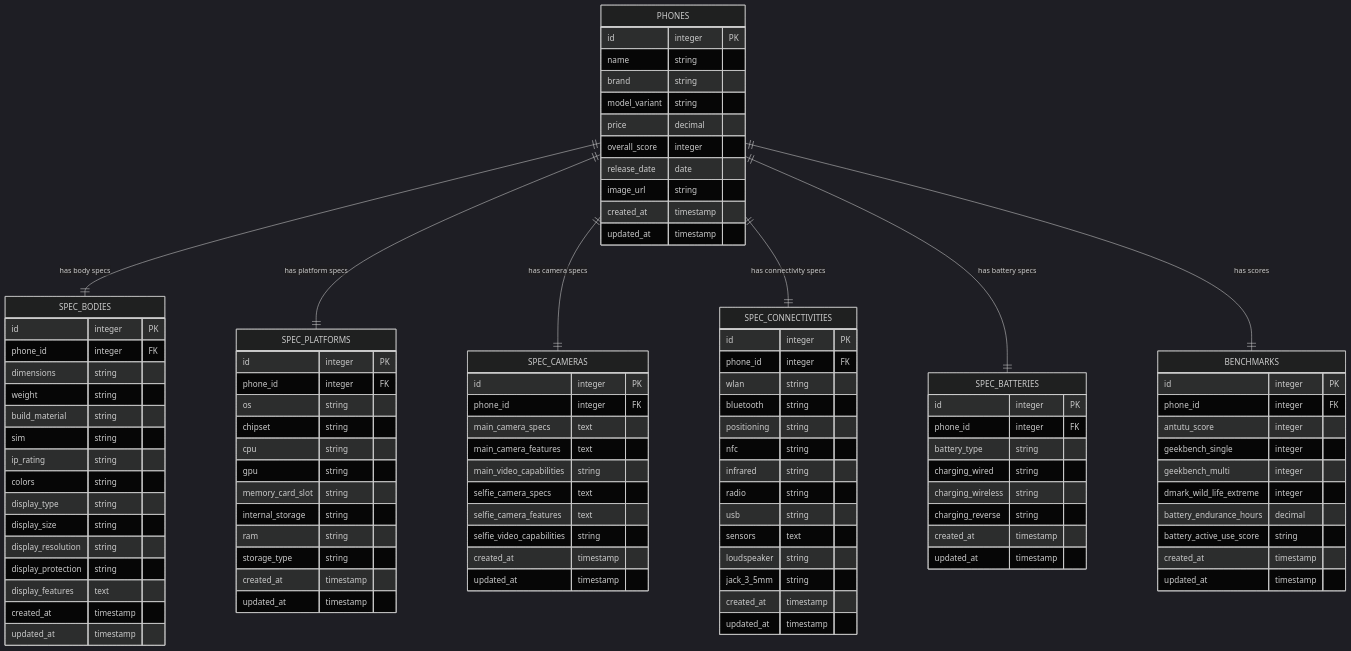
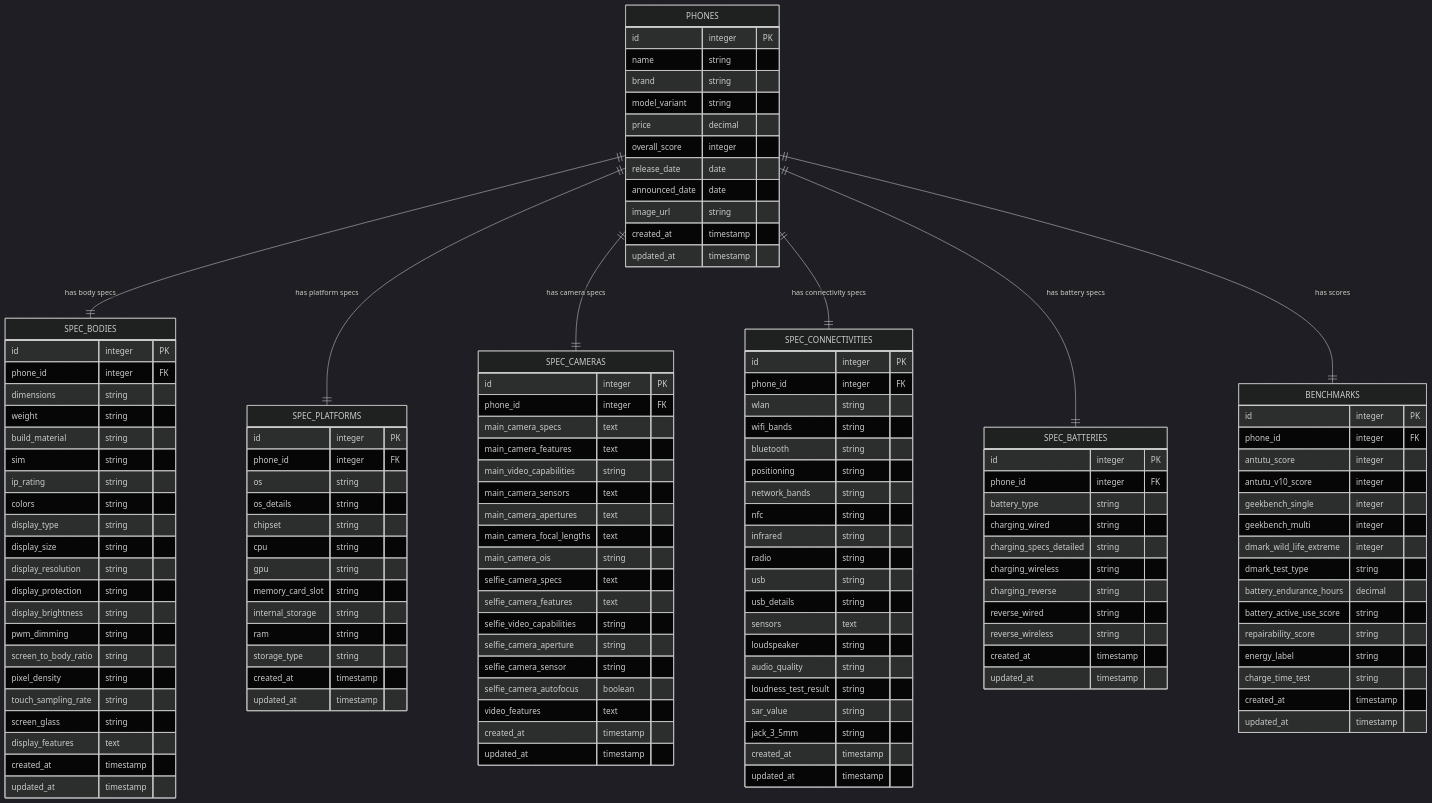
The diagram in docs/er_diagram.md (abhay-byte/phone_finder_hub), drawn with Mermaid (dark theme) before and after one commit. The commit also changed 12 other files, not shown here.

```diff
--- a/docs/er_diagram.md
+++ b/docs/er_diagram.md
@@ -10,6 +10,7 @@
         price decimal
         overall_score integer
         release_date date
+        announced_date date
         image_url string
         created_at timestamp
         updated_at timestamp
@@ -28,6 +29,12 @@
         display_size string
         display_resolution string
         display_protection string
+        display_brightness string
+        pwm_dimming string
+        screen_to_body_ratio string
+        pixel_density string
+        touch_sampling_rate string
+        screen_glass string
         display_features text
         created_at timestamp
         updated_at timestamp
@@ -37,6 +44,7 @@
         id integer PK
         phone_id integer FK
         os string
+        os_details string
         chipset string
         cpu string
         gpu string
@@ -54,9 +62,17 @@
         main_camera_specs text
         main_camera_features text
         main_video_capabilities string
+        main_camera_sensors text
+        main_camera_apertures text
+        main_camera_focal_lengths text
+        main_camera_ois string
         selfie_camera_specs text
         selfie_camera_features text
         selfie_video_capabilities string
+        selfie_camera_aperture string
+        selfie_camera_sensor string
+        selfie_camera_autofocus boolean
+        video_features text
         created_at timestamp
         updated_at timestamp
     }
@@ -65,14 +81,20 @@
         id integer PK
         phone_id integer FK
         wlan string
+        wifi_bands string
         bluetooth string
         positioning string
+        network_bands string
         nfc string
         infrared string
         radio string
         usb string
+        usb_details string
         sensors text
         loudspeaker string
+        audio_quality string
+        loudness_test_result string
+        sar_value string
         jack_3_5mm string
         created_at timestamp
         updated_at timestamp
@@ -83,8 +105,11 @@
         phone_id integer FK
         battery_type string
         charging_wired string
+        charging_specs_detailed string
         charging_wireless string
         charging_reverse string
+        reverse_wired string
+        reverse_wireless string
         created_at timestamp
         updated_at timestamp
     }
@@ -93,11 +118,16 @@
         id integer PK
         phone_id integer FK
         antutu_score integer
+        antutu_v10_score integer
         geekbench_single integer
         geekbench_multi integer
         dmark_wild_life_extreme integer
+        dmark_test_type string
         battery_endurance_hours decimal
         battery_active_use_score string
+        repairability_score string
+        energy_label string
+        charge_time_test string
         created_at timestamp
         updated_at timestamp
     }
```
